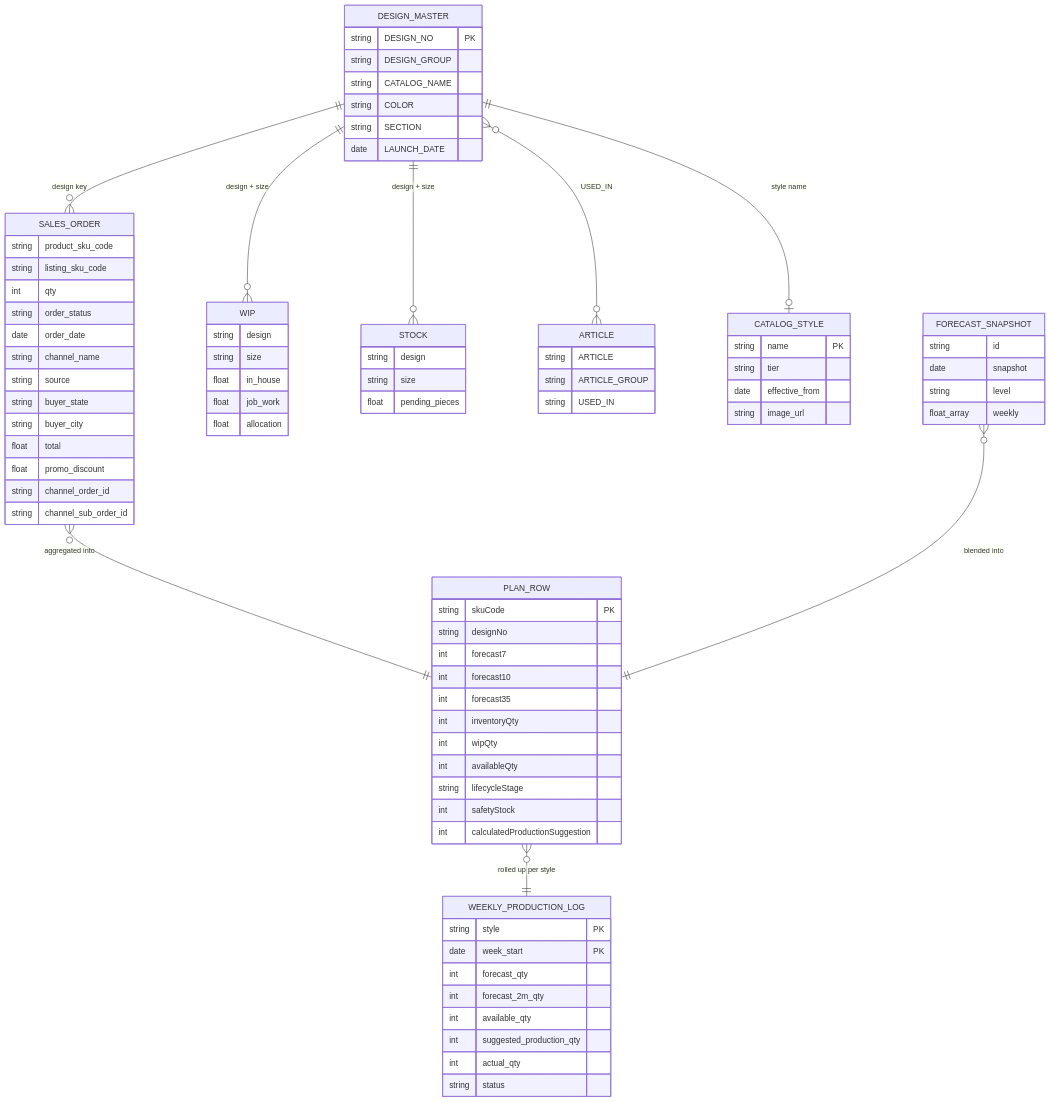
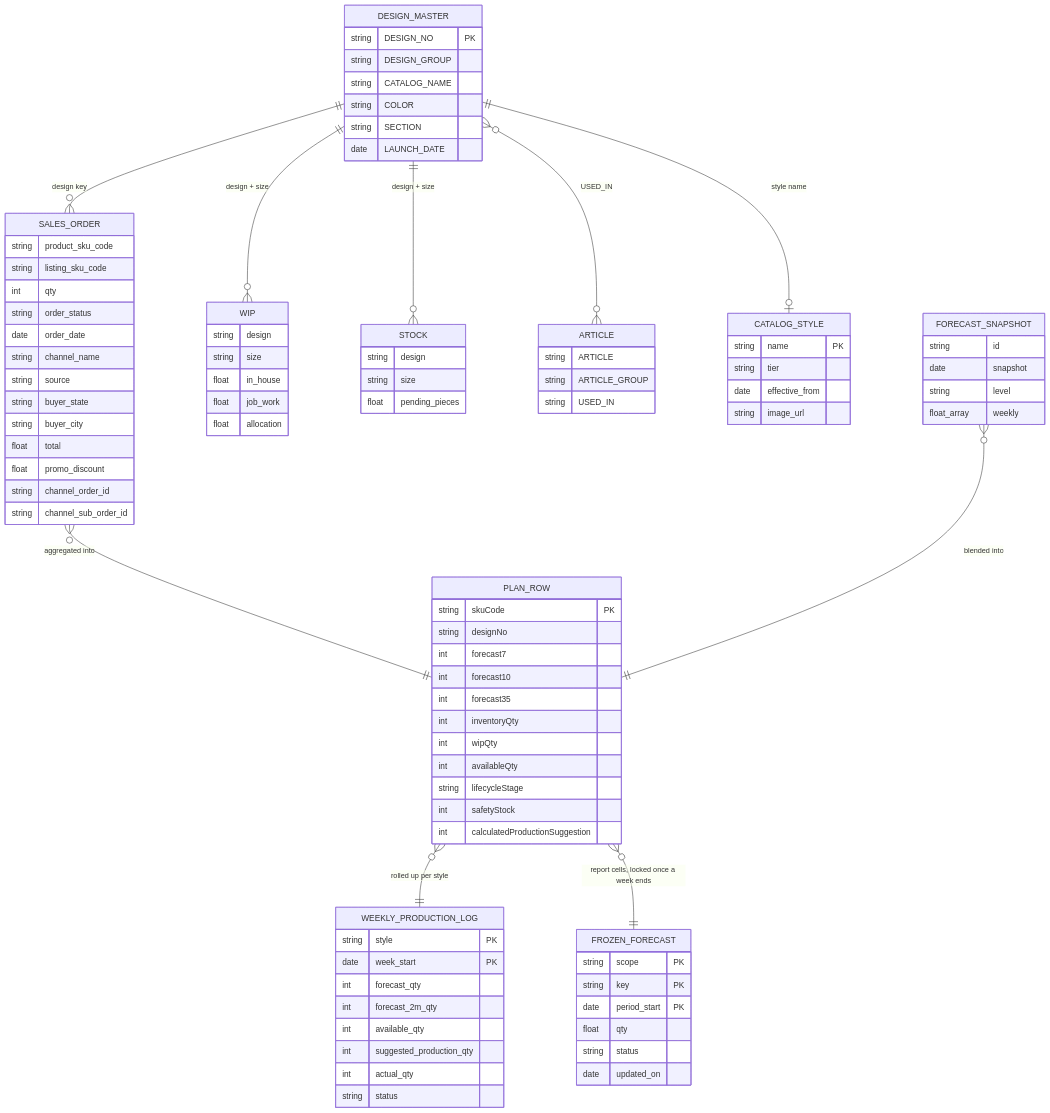
Before and after one commit to orlindatabase-lang/Demand-Forecasting: diagram 29 of 30 in README.md, drawn with Mermaid. The commit also changed other lines of this file and 39 other files, not shown here.

````diff
--- a/README.md
+++ b/README.md
@@ -1043,6 +1280,14 @@
         string level
         float_array weekly
     }
+    FROZEN_FORECAST {
+        string scope PK
+        string key PK
+        date period_start PK
+        float qty
+        string status
+        date updated_on
+    }
     WEEKLY_PRODUCTION_LOG {
         string style PK
         date week_start PK
@@ -1062,4 +1307,5 @@
     SALES_ORDER }o--|| PLAN_ROW : "aggregated into"
     FORECAST_SNAPSHOT }o--|| PLAN_ROW : "blended into"
     PLAN_ROW }o--|| WEEKLY_PRODUCTION_LOG : "rolled up per style"
+    PLAN_ROW }o--|| FROZEN_FORECAST : "report cells, locked once a week ends"
 ```
````
